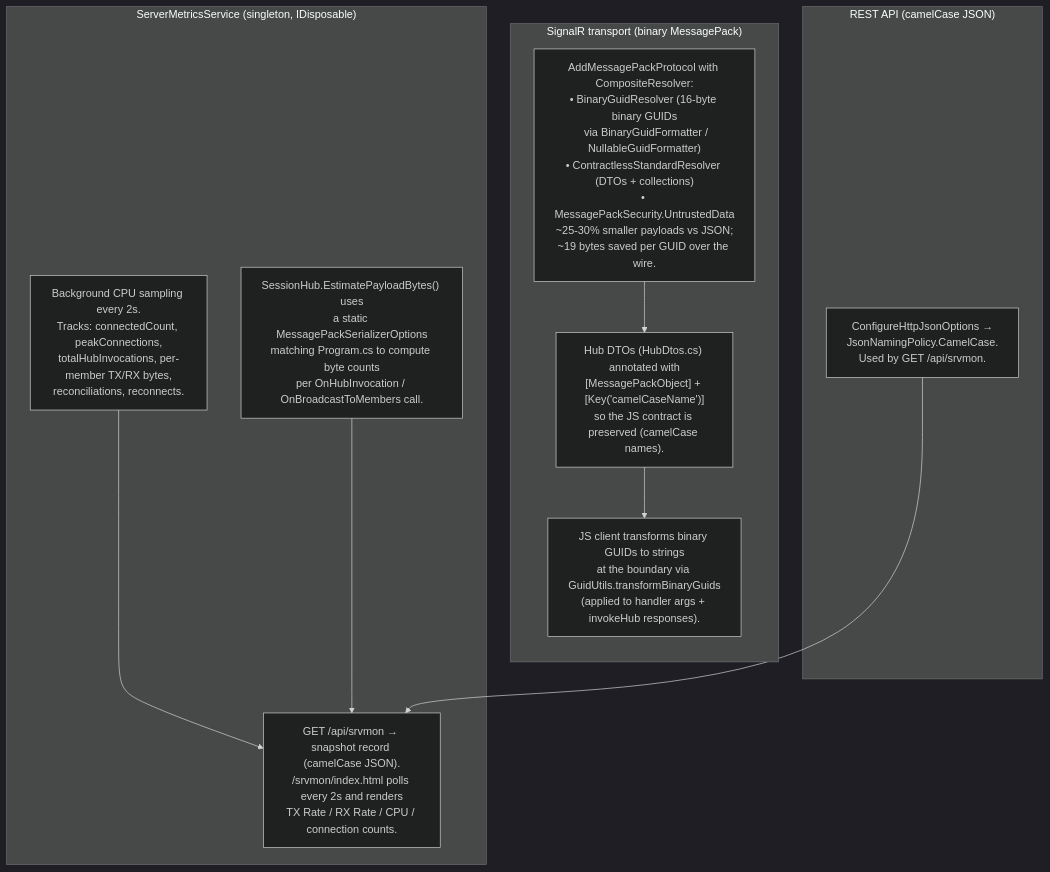
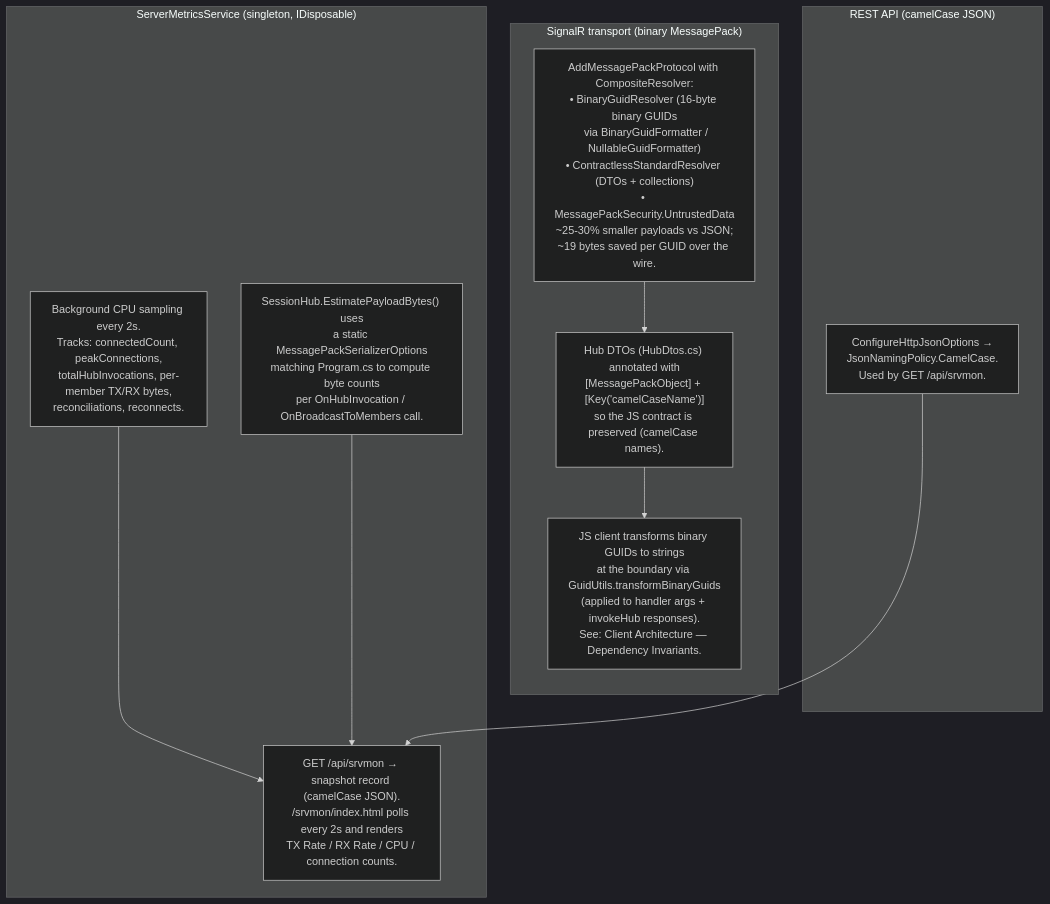
Diagram 33 of 34 in ARCHITECTURE.md (badvoidstar/asteroids), drawn with Mermaid (dark theme) before and after one commit. The commit also changed other lines of this file, not shown here.

First line of the commit message:
docs: add Client Architecture section to ARCHITECTURE.md

````diff
--- a/ARCHITECTURE.md
+++ b/ARCHITECTURE.md
@@ -892,24 +1103,24 @@
 ```mermaid
 flowchart TB
     subgraph "SignalR transport (binary MessagePack)"
         direction TB
         MP["AddMessagePackProtocol with CompositeResolver:<br/>• BinaryGuidResolver (16-byte binary GUIDs<br/>  via BinaryGuidFormatter / NullableGuidFormatter)<br/>• ContractlessStandardResolver (DTOs + collections)<br/>• MessagePackSecurity.UntrustedData<br/>~25-30% smaller payloads vs JSON;<br/>~19 bytes saved per GUID over the wire."]
         DTO["Hub DTOs (HubDtos.cs) annotated with<br/>[MessagePackObject] + [Key('camelCaseName')]<br/>so the JS contract is preserved (camelCase names)."]
-        JSGUID["JS client transforms binary GUIDs to strings<br/>at the boundary via GuidUtils.transformBinaryGuids<br/>(applied to handler args + invokeHub responses)."]
+        JSGUID["JS client transforms binary GUIDs to strings<br/>at the boundary via GuidUtils.transformBinaryGuids<br/>(applied to handler args + invokeHub responses).<br/>See: Client Architecture — Dependency Invariants."]
     end
 
     subgraph "REST API (camelCase JSON)"
         REST["ConfigureHttpJsonOptions →<br/>JsonNamingPolicy.CamelCase.<br/>Used by GET /api/srvmon."]
     end
 
     subgraph "ServerMetricsService (singleton, IDisposable)"
         SMS_SAMPLE["Background CPU sampling every 2s.<br/>Tracks: connectedCount, peakConnections,<br/>totalHubInvocations, per-member TX/RX bytes,<br/>reconciliations, reconnects."]
         SMS_EST["SessionHub.EstimatePayloadBytes() uses<br/>a static MessagePackSerializerOptions<br/>matching Program.cs to compute byte counts<br/>per OnHubInvocation / OnBroadcastToMembers call."]
         SMS_API["GET /api/srvmon → snapshot record (camelCase JSON).<br/>/srvmon/index.html polls every 2s and renders<br/>TX Rate / RX Rate / CPU / connection counts."]
     end
 
     MP --> DTO --> JSGUID
     SMS_SAMPLE --> SMS_API
     SMS_EST --> SMS_API
     REST --> SMS_API
 ```
````
